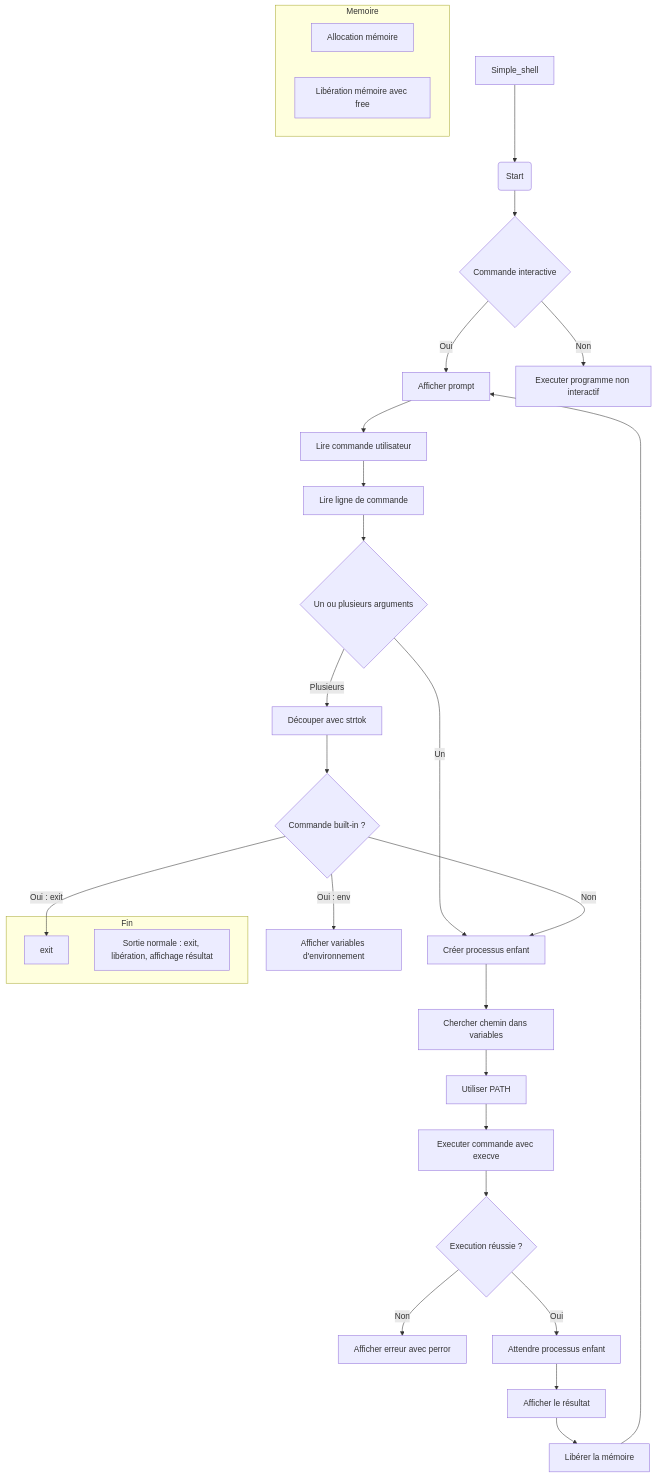
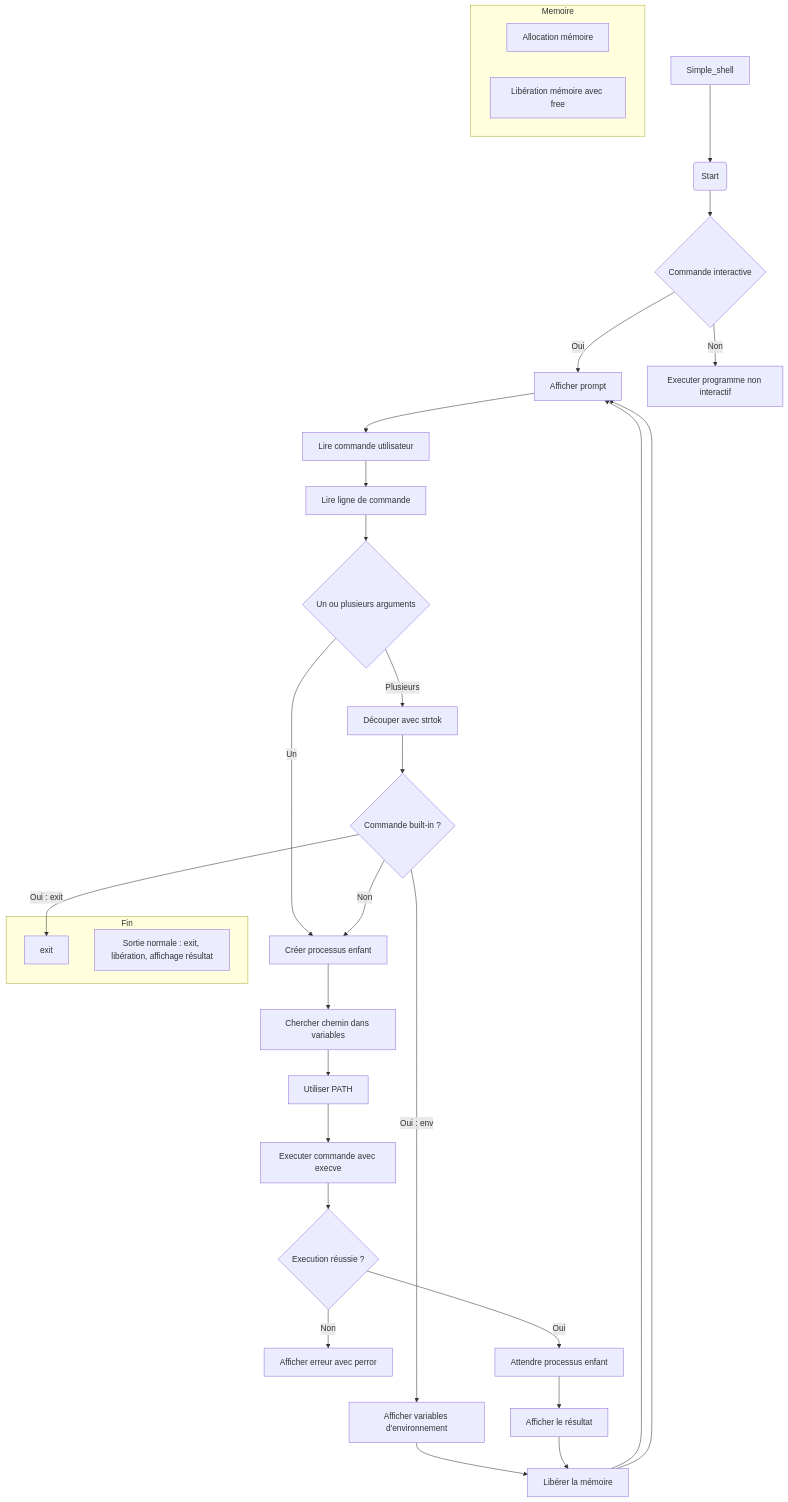
One commit to AnneCecile2935/holbertonschool-simple_shell changed the diagram in README.md. Above: the diagram before and after it, drawn with Mermaid.

Commit message:
update var env readme flowchart

````diff
--- a/README.md
+++ b/README.md
@@ -29,33 +29,35 @@
 ```mermaid
 graph TD;
     A[Simple_shell] --> B(Start)
     B --> C{Commande interactive}
     C -- Oui --> D[Afficher prompt]
     C -- Non --> E[Executer programme non interactif]
     D --> F[Lire commande utilisateur]
     F --> G[Lire ligne de commande]
     G --> H{Un ou plusieurs arguments}
     H -- Un --> I[Créer processus enfant]
     H -- Plusieurs --> J[Découper avec strtok]
     J --> K{Commande built-in ?}
     K -- Oui : env --> K1[Afficher variables d'environnement]
+	K1 --> R[Libérer la mémoire]
+    R --> D
     K -- Oui : exit --> Q2[Quitter shell]
     K -- Non --> I
     I --> L[Chercher chemin dans variables]
     L --> M[Utiliser PATH]
     M --> N[Executer commande avec execve]
     N --> N1{Execution réussie ?}
     N1 -- Non --> N2[Afficher erreur avec perror]
     N1 -- Oui --> O[Attendre processus enfant]
     O --> P[Afficher le résultat]
     P --> R[Libérer la mémoire]
     R --> D
     subgraph Memoire
         R1[Allocation mémoire]
         R2[Libération mémoire avec free]
     end
     subgraph Fin
         Q1[Sortie normale : exit, libération, affichage résultat]
         Q2[exit]
     end
 ```
````
